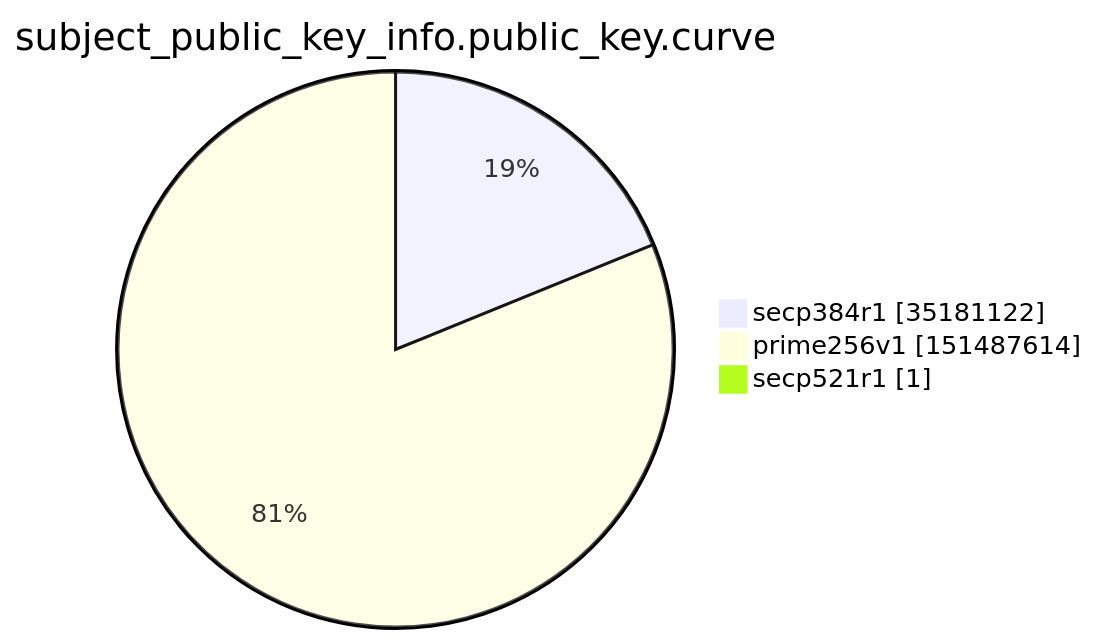
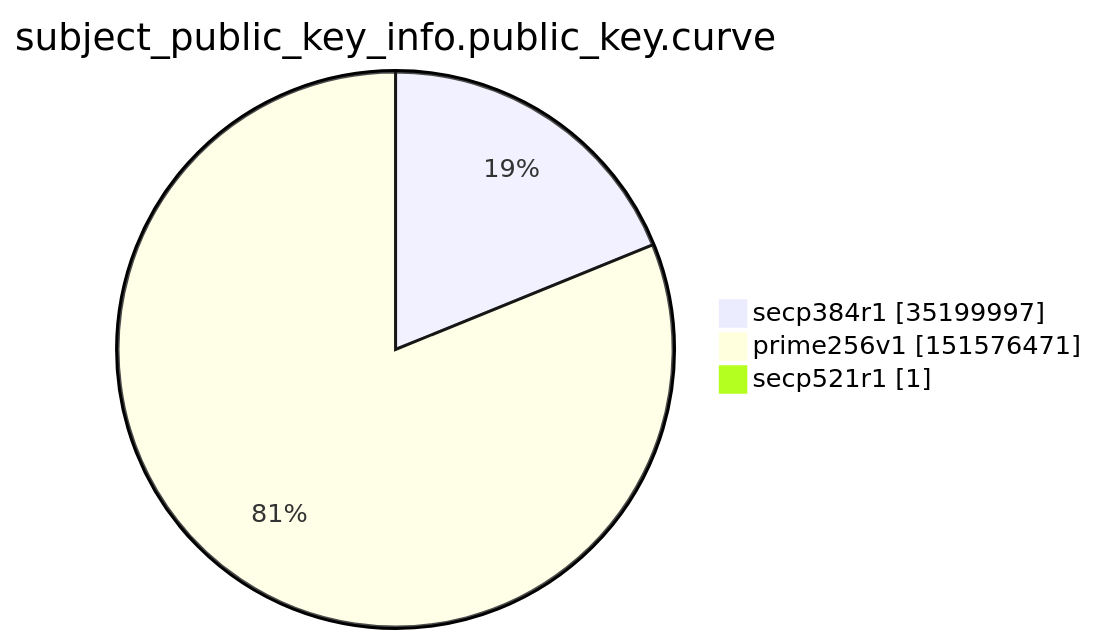
One commit to christiankrug/ctmonitor_visualization changed the ninth of 15 diagrams in argon2022/README.md. Above: the diagram before and after it, drawn with Mermaid. The commit also changed other lines of this file, not shown here.

````diff
--- a/argon2022/README.md
+++ b/argon2022/README.md
@@ -2765,7 +2765,7 @@
 ```mermaid
 pie showData
 title subject_public_key_info.public_key.curve
-"secp384r1" :35181122
-"prime256v1" :151487614
+"secp384r1" :35199997
+"prime256v1" :151576471
 "secp521r1" :1
 ```
````
